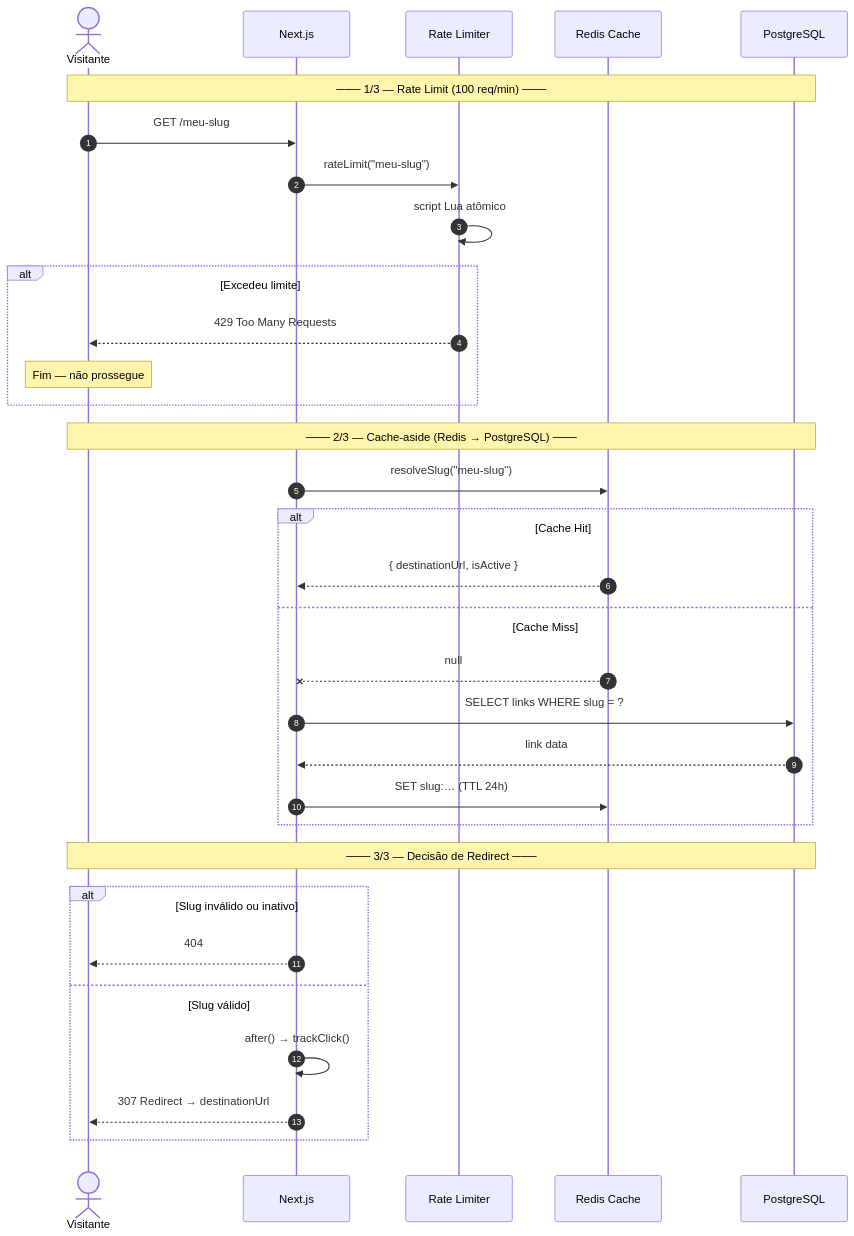
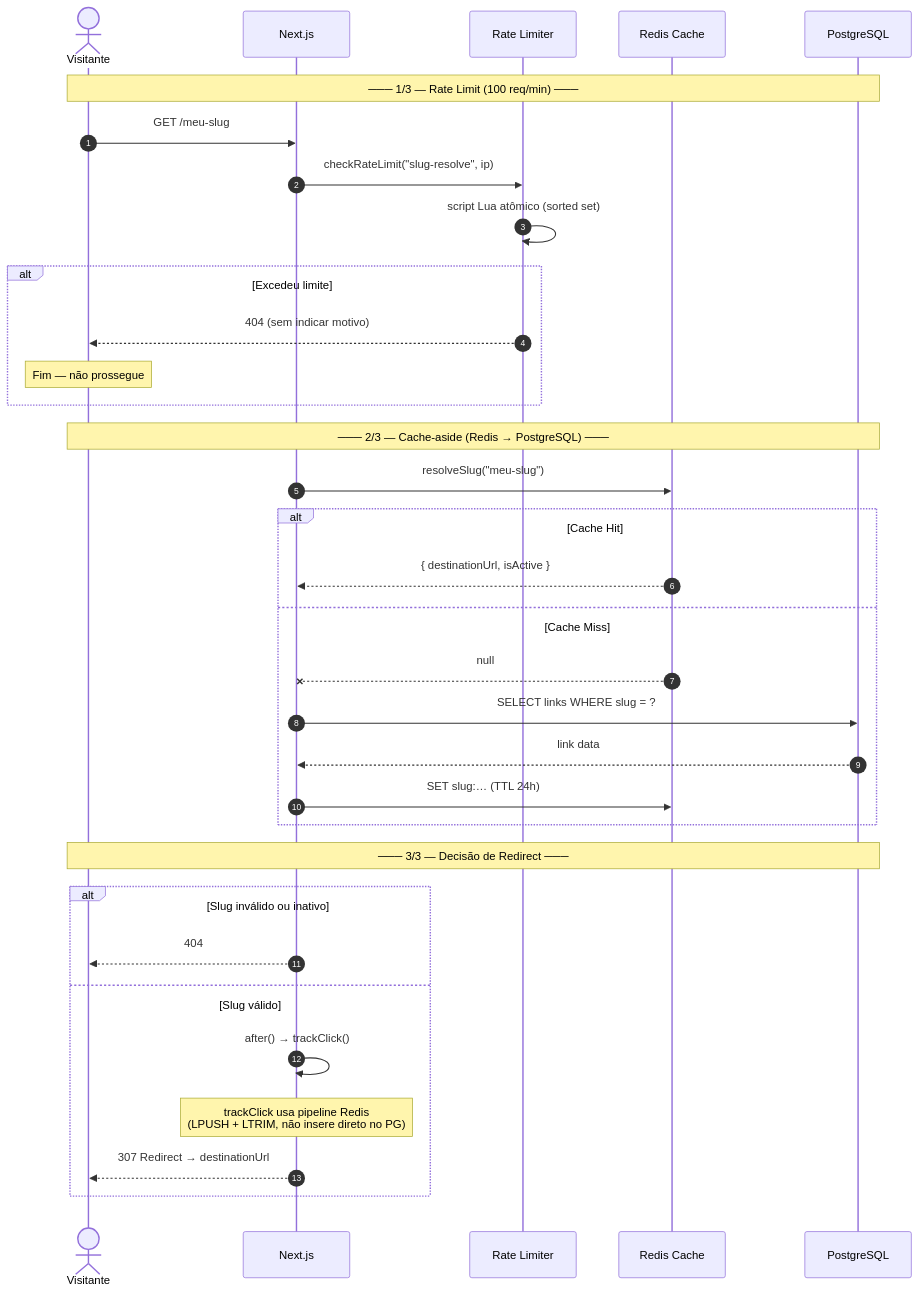
The first of 5 diagrams in docs/fluxo-de-dados.md (eduardoaugustolb/encurtador-url), drawn with Mermaid before and after one commit. The commit also changed other lines of this file and 13 other files, not shown here.

````diff
--- a/docs/fluxo-de-dados.md
+++ b/docs/fluxo-de-dados.md
@@ -5,38 +5,39 @@
 ```mermaid
 %%{init: {'sequence': {'actorMargin': 60, 'boxMargin': 25}}}%%
 sequenceDiagram
     autonumber
     actor V as Visitante
     participant N as Next.js
     participant RL as Rate Limiter
     participant C as Redis Cache
     participant DB as PostgreSQL
 
     Note over V,DB: ─── 1/3 — Rate Limit (100 req/min) ───
     V->>N: GET /meu-slug
-    N->>RL: rateLimit("meu-slug")
-    RL->>RL: script Lua atômico
+    N->>RL: checkRateLimit("slug-resolve", ip)
+    RL->>RL: script Lua atômico (sorted set)
     alt Excedeu limite
-        RL-->>V: 429 Too Many Requests
+        RL-->>V: 404 (sem indicar motivo)
         Note over V: Fim — não prossegue
     end
 
     Note over V,DB: ─── 2/3 — Cache-aside (Redis → PostgreSQL) ───
     N->>C: resolveSlug("meu-slug")
     alt Cache Hit
         C-->>N: { destinationUrl, isActive }
     else Cache Miss
         C--xN: null
         N->>DB: SELECT links WHERE slug = ?
         DB-->>N: link data
         N->>C: SET slug:… (TTL 24h)
     end
 
     Note over V,DB: ─── 3/3 — Decisão de Redirect ───
     alt Slug inválido ou inativo
         N-->>V: 404
     else Slug válido
         N->>N: after() → trackClick()
+        Note over N: trackClick usa pipeline Redis<br/>(LPUSH + LTRIM, não insere direto no PG)
         N-->>V: 307 Redirect → destinationUrl
     end
 ```
````
